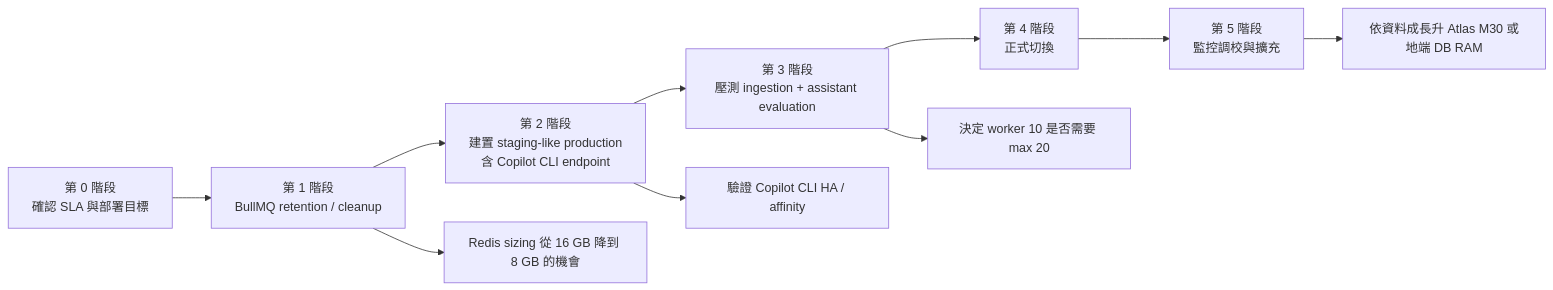
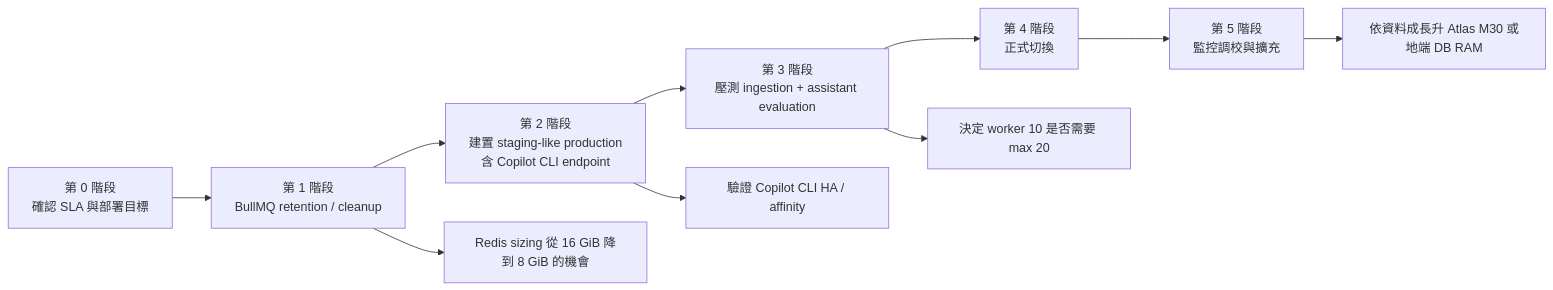
Before and after one commit to chunkai1312/temp: diagram 17 of 17 in production-resource-architecture-proposal.md, drawn with Mermaid. The commit also changed other lines of this file, not shown here.

````diff
--- a/production-resource-architecture-proposal.md
+++ b/production-resource-architecture-proposal.md
@@ -702,13 +700,13 @@
 ```mermaid
 flowchart LR
   P0["第 0 階段\n確認 SLA 與部署目標"] --> P1["第 1 階段\nBullMQ retention / cleanup"]
   P1 --> P2["第 2 階段\n建置 staging-like production\n含 Copilot CLI endpoint"]
   P2 --> P3["第 3 階段\n壓測 ingestion + assistant evaluation"]
   P3 --> P4["第 4 階段\n正式切換"]
   P4 --> P5["第 5 階段\n監控調校與擴充"]
 
-  P1 --> D1["Redis sizing 從 16 GB 降到 8 GB 的機會"]
+  P1 --> D1["Redis sizing 從 16 GiB 降到 8 GiB 的機會"]
   P2 --> D0["驗證 Copilot CLI HA / affinity"]
   P3 --> D2["決定 worker 10 是否需要 max 20"]
   P5 --> D3["依資料成長升 Atlas M30 或地端 DB RAM"]
 ```
````
